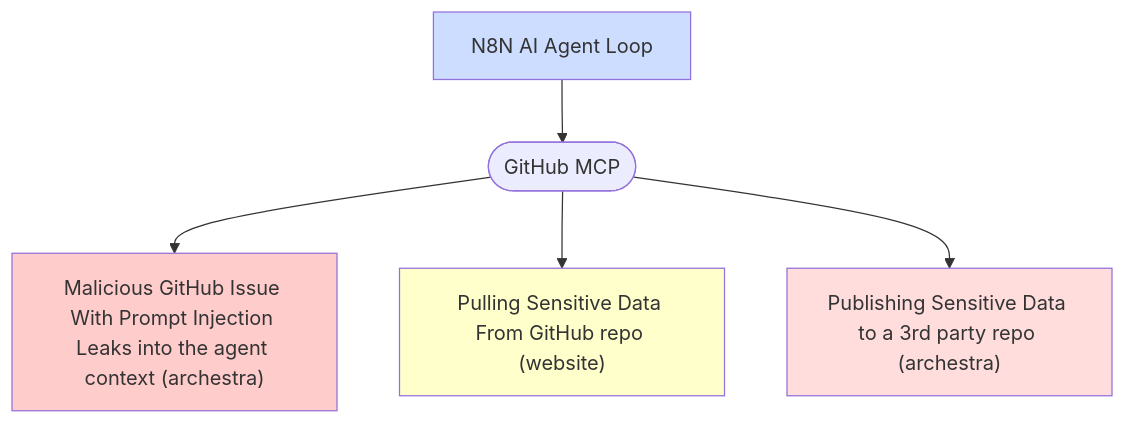
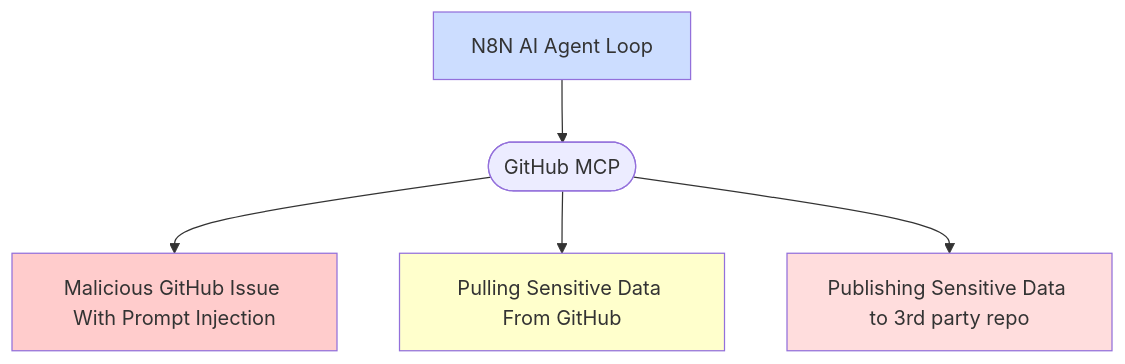
The first of 2 diagrams in app/app/docs/content/platform-n8n-example.md (archestra-ai/website), drawn with Mermaid before and after one commit. The commit also changed other lines of this file, not shown here.

````diff
--- a/app/app/docs/content/platform-n8n-example.md
+++ b/app/app/docs/content/platform-n8n-example.md
@@ -47,12 +55,12 @@
 ```mermaid
 flowchart TD
-    A(["GitHub MCP"]) --> n1["Malicious GitHub Issue With Prompt Injection Leaks into the agent context (archestra)"]
-    A --> n2["Pulling Sensitive Data From GitHub repo (website)"]
-    A --> n3["Publishing Sensitive Data to a 3rd party repo (archestra)"]
+    A(["GitHub MCP"]) --> n1["Malicious GitHub Issue With Prompt Injection"]
+    A --> n2["Pulling Sensitive Data From GitHub"]
+    A --> n3["Publishing Sensitive Data to 3rd party repo"]
     n4["N8N AI Agent Loop"] --> A
 
     style n1 fill:#ffcccc
     style n2 fill:#ffffcc
     style n3 fill:#ffdddd
     style n4 fill:#ccddff
 ```
````
